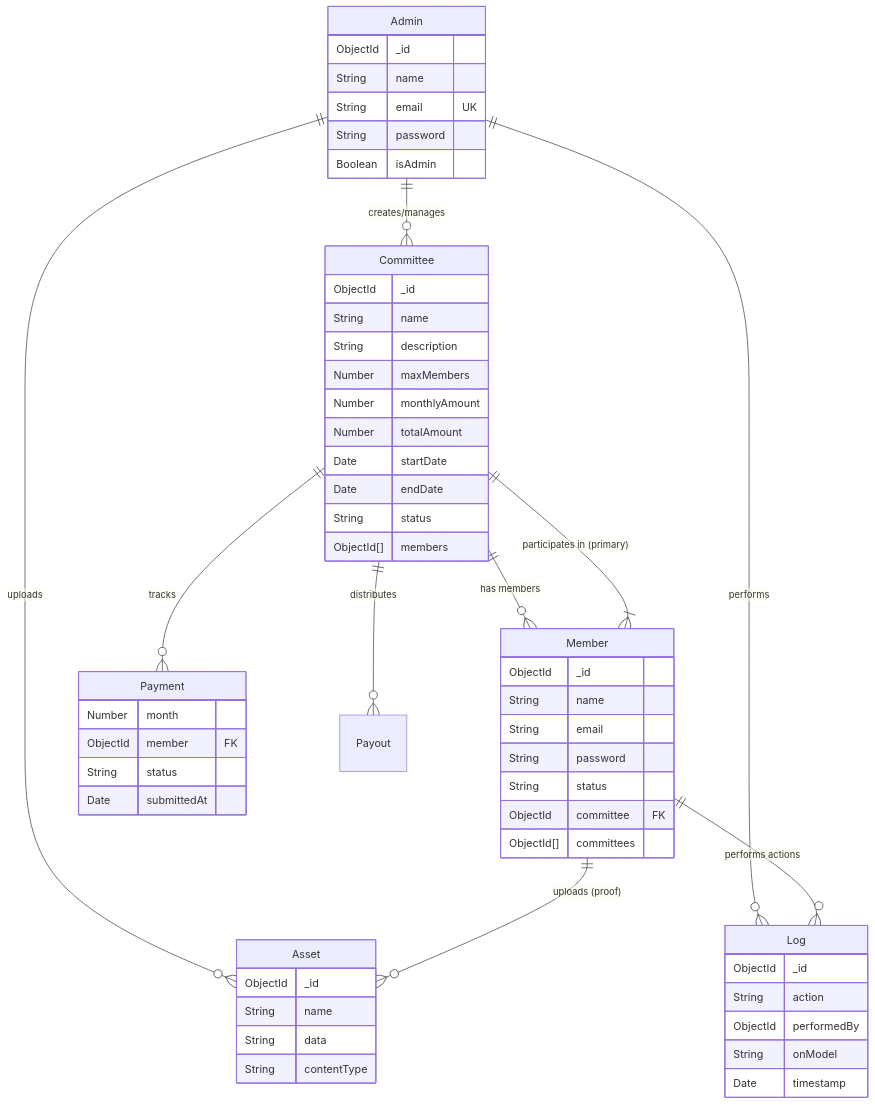
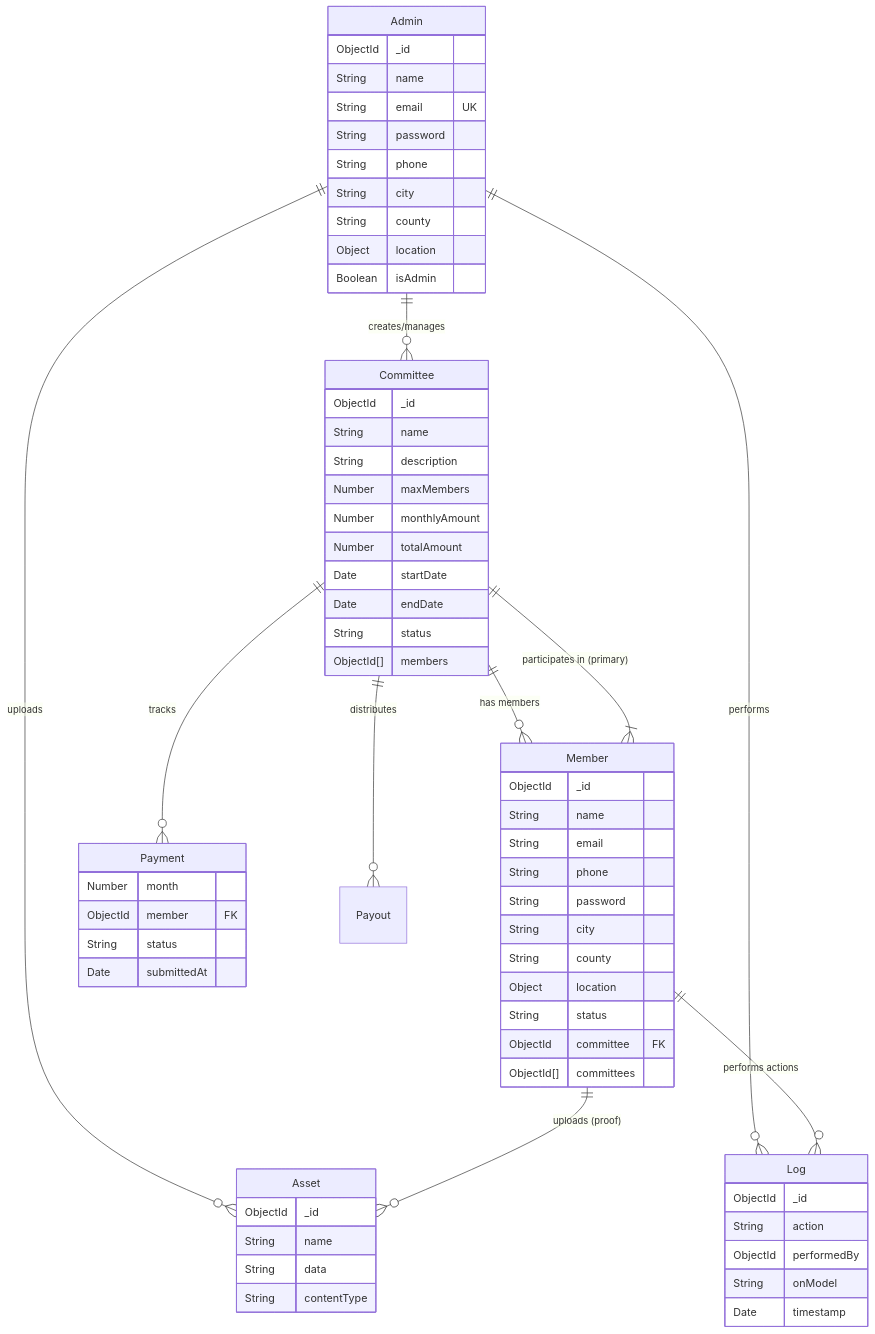
One commit to TulaibAhmedSidd/CommittieApp changed the second of 2 diagrams in about.md. Above: the diagram before and after it, drawn with Mermaid. The commit also changed other lines of this file and 17 other files, not shown here.

````diff
--- a/about.md
+++ b/about.md
@@ -68,68 +73,76 @@
 ```mermaid
 erDiagram
     Admin ||--o{ Committee : "creates/manages"
     Admin ||--o{ Log : "performs"
     Admin ||--o{ Asset : "uploads"
     
     Committee ||--o{ Member : "has members"
     Committee ||--o{ Payment : "tracks"
     Committee ||--o{ Payout : "distributes"
     
     Member }|--|| Committee : "participates in (primary)"
     Member ||--o{ Asset : "uploads (proof)"
     Member ||--o{ Log : "performs actions"
 
     %% Detailed Entities
     Admin {
         ObjectId _id
         String name
         String email UK
         String password
+        String phone
+        String city
+        String county
+        Object location
         Boolean isAdmin
     }
 
     Committee {
         ObjectId _id
         String name
         String description
         Number maxMembers
         Number monthlyAmount
         Number totalAmount
         Date startDate
         Date endDate
         String status
         ObjectId[] members
     }
 
     Member {
         ObjectId _id
         String name
         String email
+        String phone
         String password
+        String city
+        String county
+        Object location
         String status
         ObjectId committee FK
         ObjectId[] committees
     }
 
     Payment {
         Number month
         ObjectId member FK
         String status
         Date submittedAt
     }
 
     Log {
         ObjectId _id
         String action
         ObjectId performedBy
         String onModel
         Date timestamp
     }
     
     Asset {
         ObjectId _id
         String name
         String data
         String contentType
     }
 ```
````
